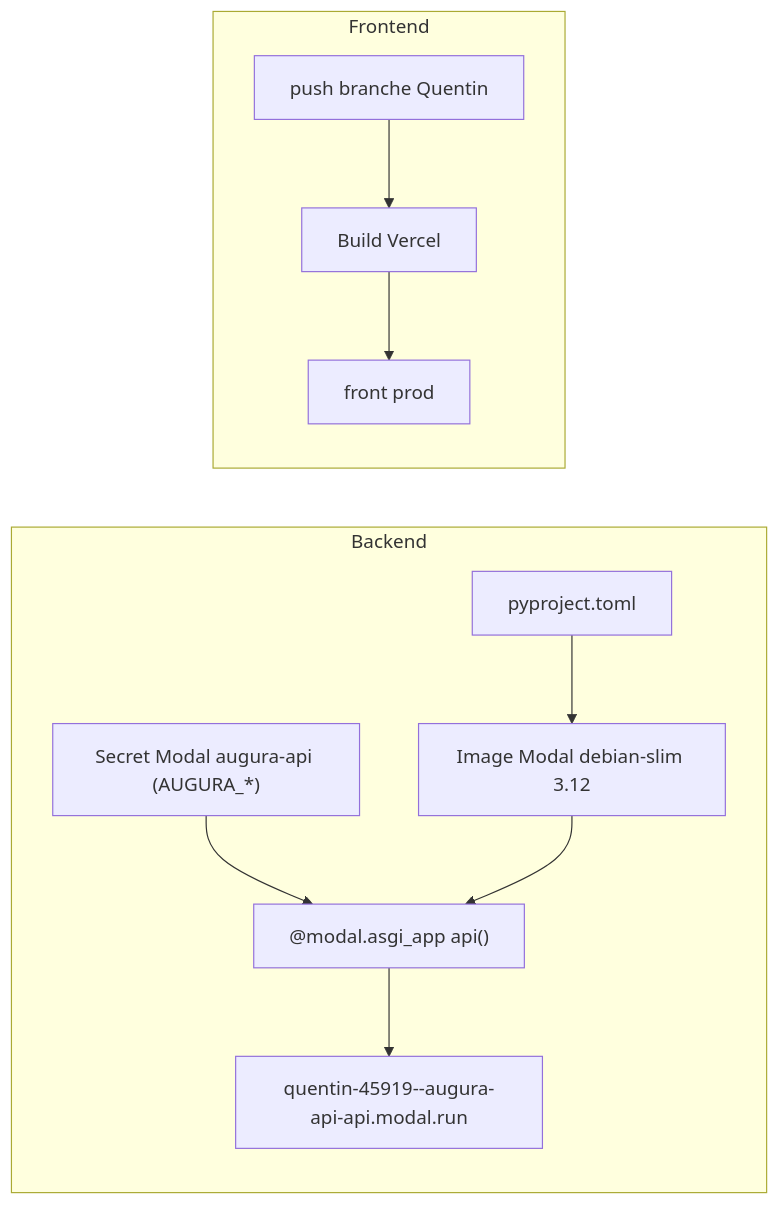
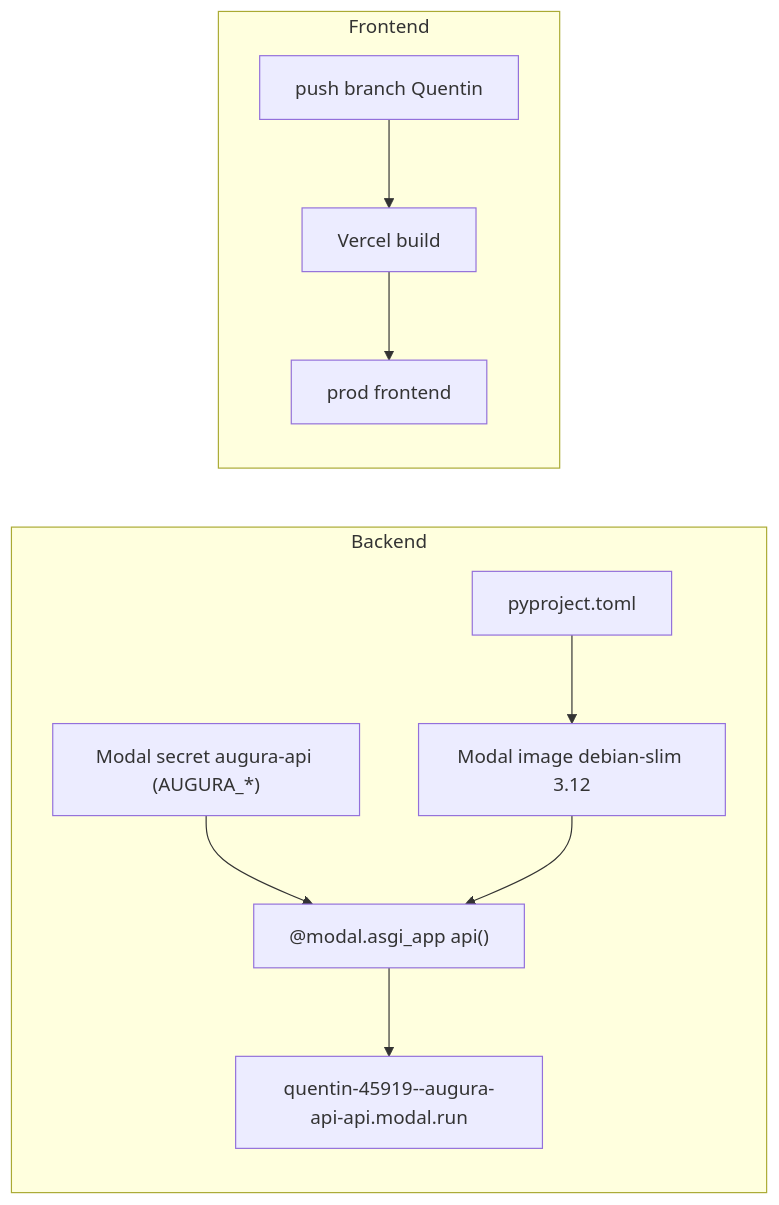
Before and after one commit to Git-Newfeatures/augura-platform-nde-dev: the fourth of 4 diagrams in DESIGN.md, drawn with Mermaid. The commit also changed other lines of this file and 262 other files, not shown here.

````diff
--- a/DESIGN.md
+++ b/DESIGN.md
@@ -167,12 +167,12 @@
 ```mermaid
 flowchart LR
   subgraph Backend
-    PY[pyproject.toml] --> IMG[Image Modal debian-slim 3.12]
-    SEC["Secret Modal augura-api (AUGURA_*)"] --> FN["@modal.asgi_app api()"]
+    PY[pyproject.toml] --> IMG[Modal image debian-slim 3.12]
+    SEC["Modal secret augura-api (AUGURA_*)"] --> FN["@modal.asgi_app api()"]
     IMG --> FN
     FN --> URL[quentin-45919--augura-api-api.modal.run]
   end
   subgraph Frontend
-    GIT["push branche Quentin"] --> VER[Build Vercel] --> CDN[front prod]
+    GIT["push branch Quentin"] --> VER[Vercel build] --> CDN[prod frontend]
   end
 ```
````
